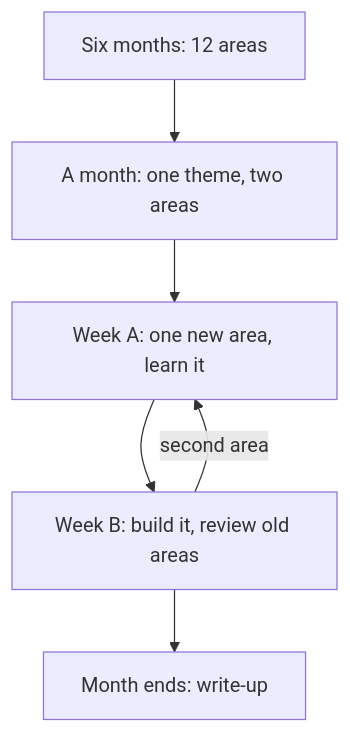
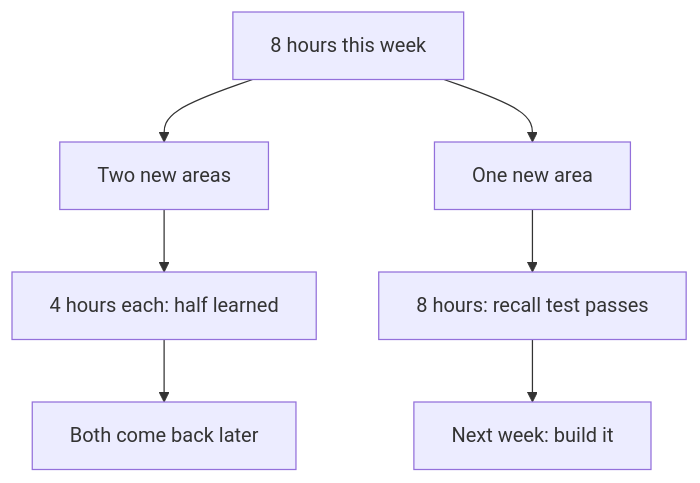
Before and after one commit to Muhammad-AnasKhan/Buildment: the diagram in content/import/build-with-ai/05-a-project-worth-six-months/05.03-a-weekly-plan.md, drawn with Mermaid. The commit also changed other lines of this file and 12 other files, not shown here.

Commit message:
Revise build-with-ai module 5 after G5 round 1: one plan order, the 60 percent sum, AI speed as Yara's assumption

````diff
--- a/content/import/build-with-ai/05-a-project-worth-six-months/05.03-a-weekly-plan.md
+++ b/content/import/build-with-ai/05-a-project-worth-six-months/05.03-a-weekly-plan.md
@@ -39,8 +37,9 @@
 ```mermaid
 flowchart TD
-  A["Six months: 12 areas"] --> B["A month: one theme, two areas"]
-  B --> C["Week A: one new area, learn it"]
-  C --> D["Week B: build it, review old areas"]
-  D -->|"second area"| C
-  D --> E["Month ends: write-up"]
+  A["8 hours this week"] --> B["Two new areas"]
+  A --> C["One new area"]
+  B --> D["4 hours each: half learned"]
+  D --> E["Both come back later"]
+  C --> F["8 hours: recall test passes"]
+  F --> G["Next week: build it"]
 ```
````
